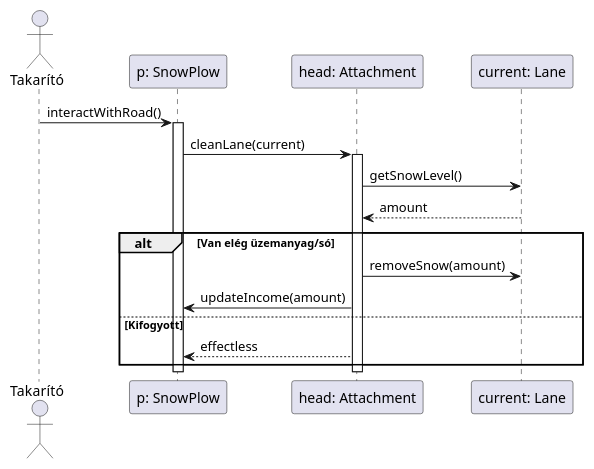
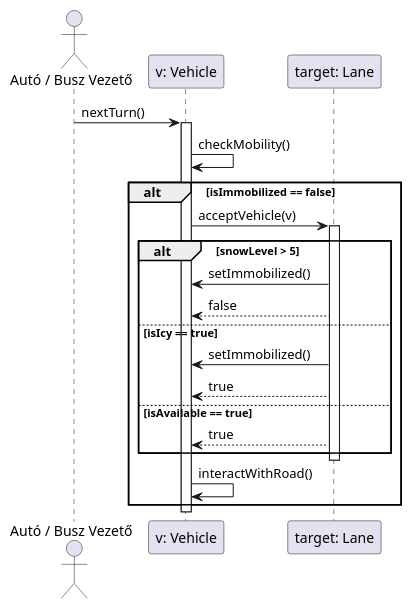
Before and after one commit to toth-andor/UneNotteANapoli: the diagram in docs/04/diagrams/sequence/01.puml, drawn with PlantUML. The commit also changed 3 other files, not shown here.

Commit message:
elso szekvencia diagrammok finomitasa/javitasa

```diff
--- a/docs/04/diagrams/sequence/01.puml
+++ b/docs/04/diagrams/sequence/01.puml
@@ -1,22 +1,27 @@
 @startuml
-actor "Takarító" as T
-participant "p: SnowPlow" as P
-participant "head: Attachment" as A
-participant "current: Lane" as L
+actor "Autó / Busz Vezető" as A
+participant "v: Vehicle" as V
+participant "target: Lane" as L
 
-T -> P : interactWithRoad()
-activate P
-    P -> A : cleanLane(current)
-    activate A
-        A -> L : getSnowLevel()
-        L --> A : amount
+A -> V : nextTurn()
+activate V
+    V -> V : checkMobility()
+    
+    alt isImmobilized == false
+        V -> L : acceptVehicle(v)
+        activate L
+            alt snowLevel > 5
+                L -> V : setImmobilized()
+                L --> V : false
+            else isIcy == true
+                L -> V : setImmobilized()
+                L --> V : true
+            else isAvailable == true
+                L --> V : true
+            end
+        deactivate L
         
-        alt Van elég üzemanyag/só
-            A -> L : removeSnow(amount)
-            A -> P : updateIncome(amount)
-        else Kifogyott
-            A --> P : effectless
-        end
-    deactivate A
-deactivate P
+        V -> V : interactWithRoad()
+    end
+deactivate V
 @enduml
```
